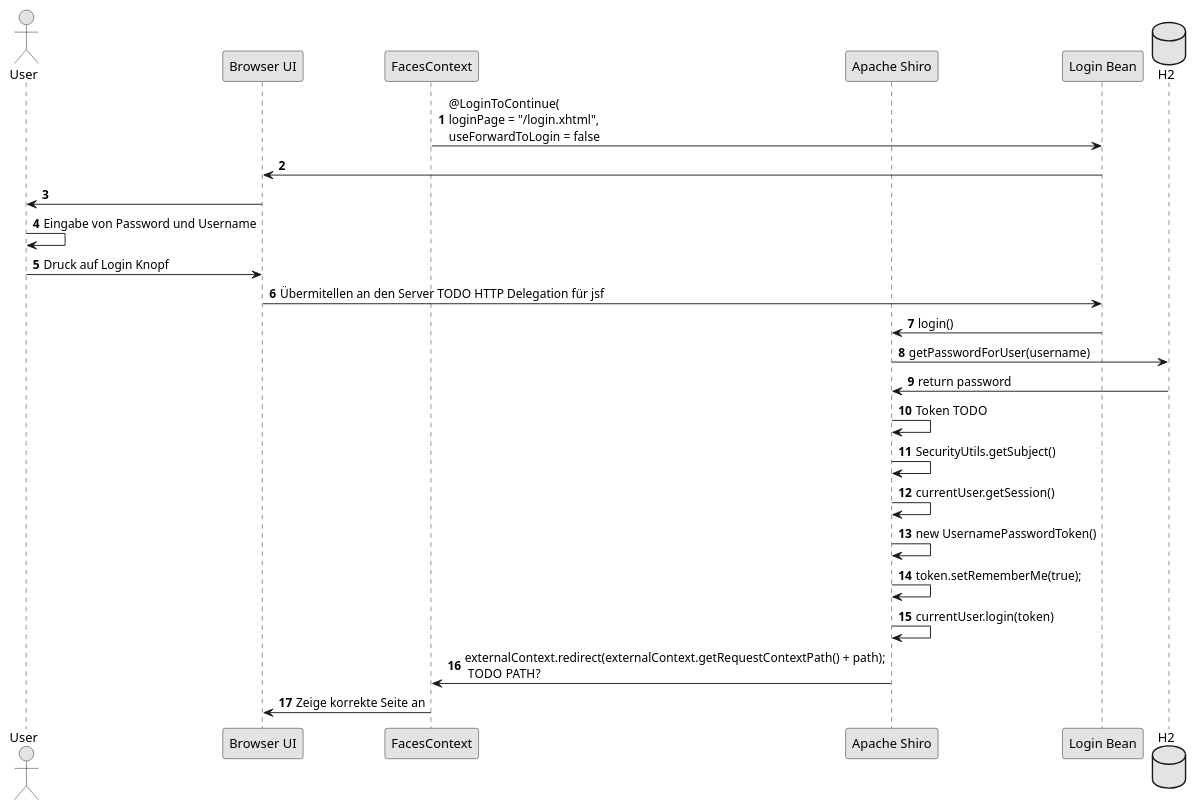
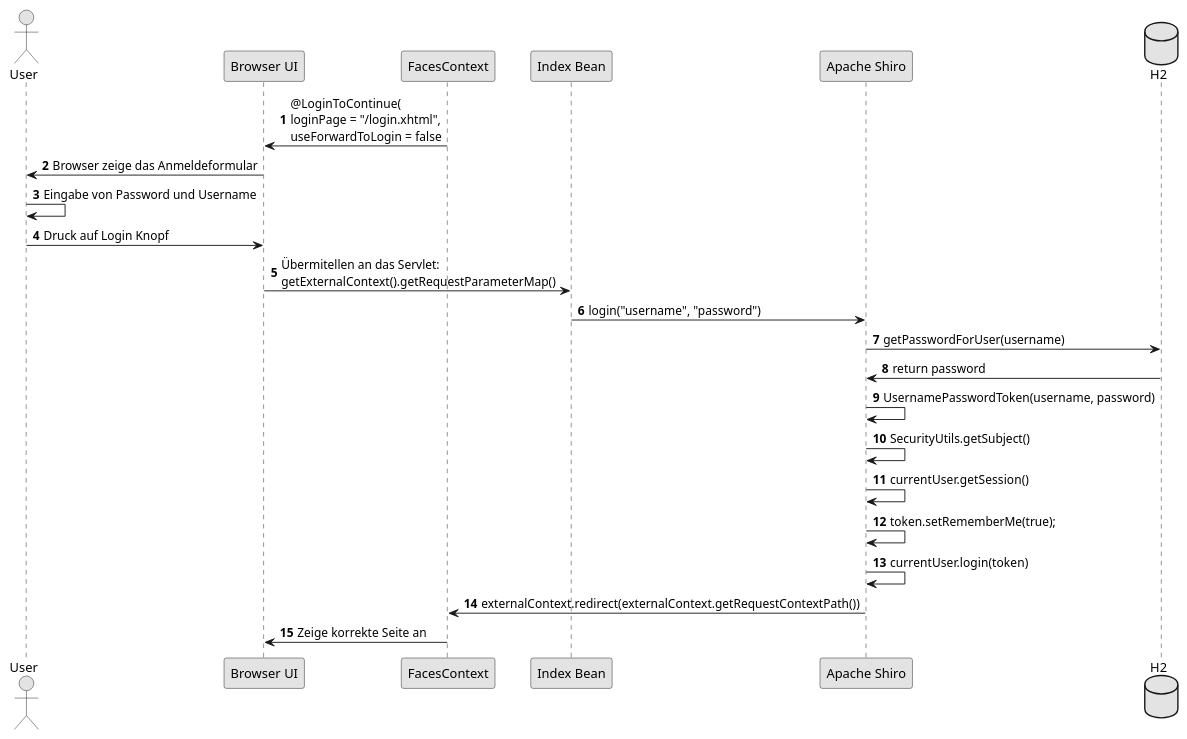
One commit to fkehlenb/softwareprojekt-2 changed the third of 9 diagrams in doc/UML/plantuml.org. Above: the diagram before and after it, drawn with PlantUML. The commit also changed other lines of this file and 4 other files, not shown here.

```diff
--- a/doc/UML/plantuml.org
+++ b/doc/UML/plantuml.org
@@ -31,29 +31,27 @@
 #+BEGIN_SRC plantuml :file erstbenutzung.png
 autonumber
 skinparam monochrome true
 
 actor User as user
 participant "Browser UI" as browser
 participant "FacesContext" AS index
+participant "Index Bean" as login
 participant "Apache Shiro" as shiro
-participant "Login Bean" as login
 database "H2" as database
 
-login <- index:  @LoginToContinue(\nloginPage = "/login.xhtml",\nuseForwardToLogin = false
-login -> browser:
-browser -> user
+index -> browser:  @LoginToContinue(\nloginPage = "/login.xhtml",\nuseForwardToLogin = false
+browser -> user: Browser zeige das Anmeldeformular
 user -> user: Eingabe von Password und Username
 user -> browser : Druck auf Login Knopf
-browser -> login : Übermitellen an den Server TODO HTTP Delegation für jsf
-login -> shiro: login()
+browser -> login : Übermitellen an das Servlet:\ngetExternalContext().getRequestParameterMap()
+login -> shiro: login("username", "password")
 shiro -> database: getPasswordForUser(username)
 shiro <- database: return password
-shiro -> shiro: Token TODO
+shiro -> shiro: UsernamePasswordToken(username, password)
 shiro -> shiro: SecurityUtils.getSubject()
 shiro -> shiro: currentUser.getSession()
-shiro -> shiro: new UsernamePasswordToken()
 shiro -> shiro: token.setRememberMe(true);
 shiro -> shiro: currentUser.login(token)
-index <-shiro:  externalContext.redirect(externalContext.getRequestContextPath() + path);\n TODO PATH?
+index <-shiro:  externalContext.redirect(externalContext.getRequestContextPath())
 index -> browser: Zeige korrekte Seite an
 #+END_SRC
```
